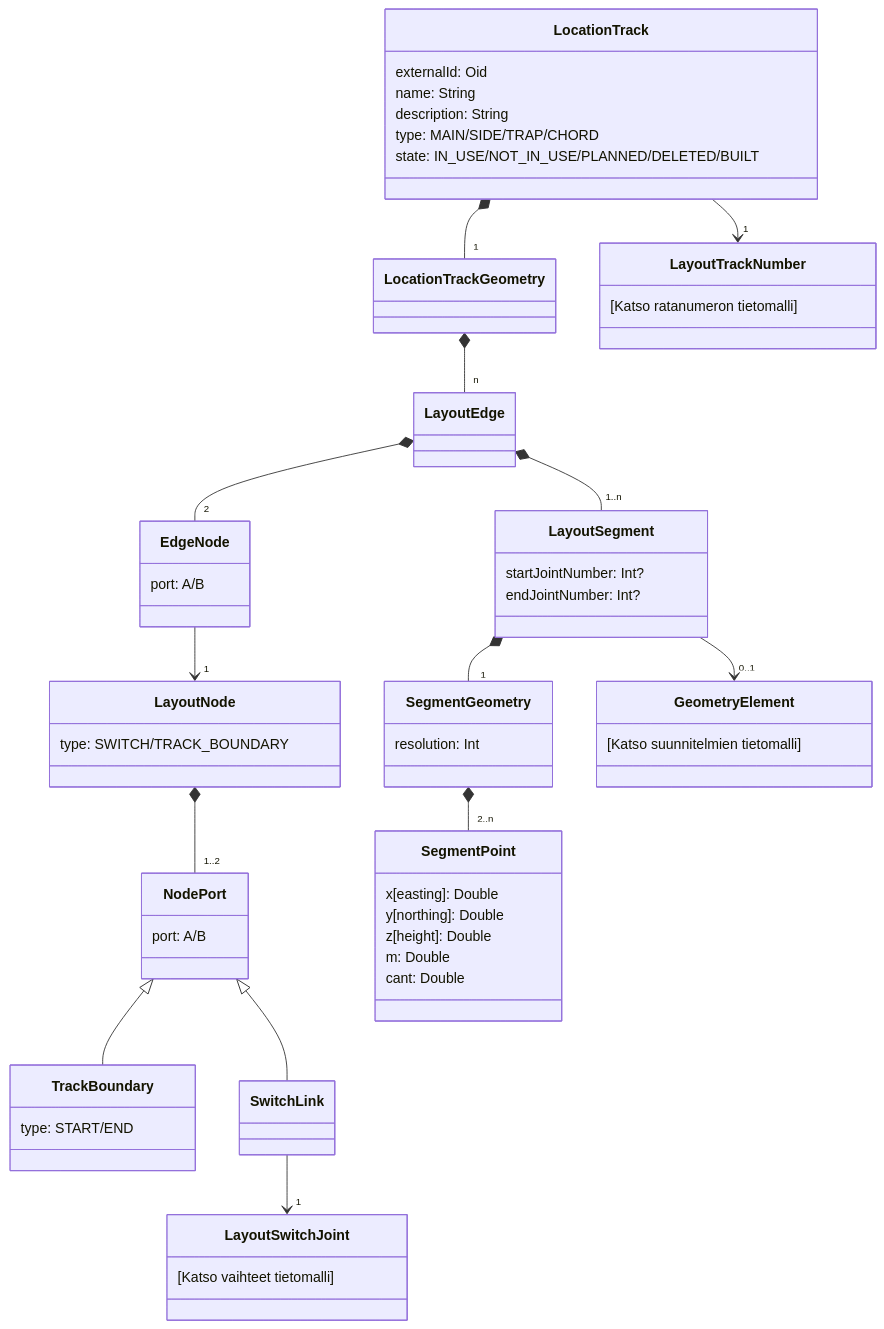
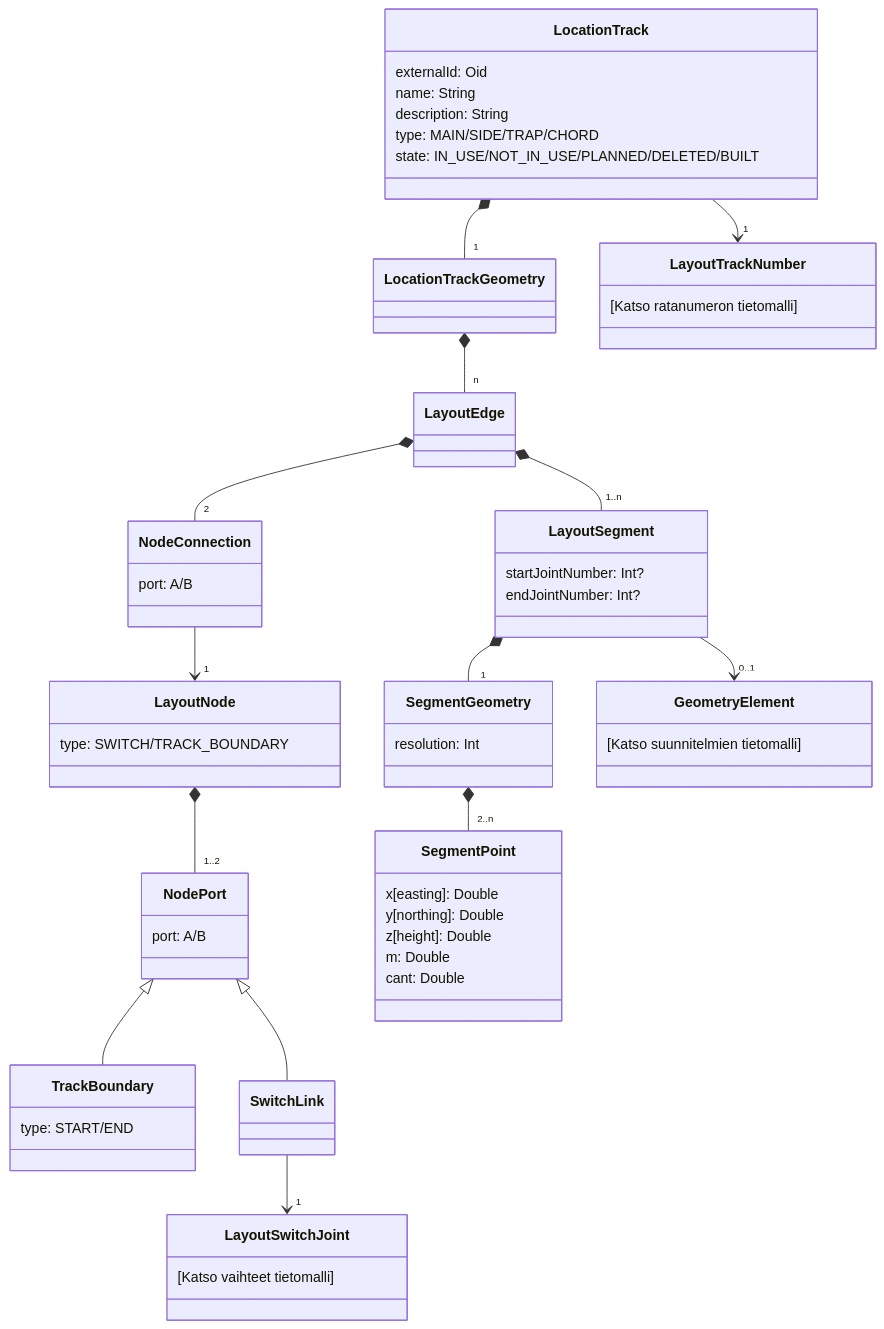
The fourth of 5 diagrams in doc/tietomalli.md (finnishtransportagency/geoviite), drawn with Mermaid before and after one commit. The commit also changed other lines of this file and 15 other files, not shown here.

Commit message:
GVT-3097 Rename EdgeNode -> NodeConnection

````diff
--- a/doc/tietomalli.md
+++ b/doc/tietomalli.md
@@ -368,61 +368,61 @@
 ```mermaid
 classDiagram
     direction TB
     LocationTrack *-- "1" LocationTrackGeometry
     LocationTrack --> "1" LayoutTrackNumber
     LocationTrackGeometry *-- "n" LayoutEdge
-    LayoutEdge *-- "2" EdgeNode
-    EdgeNode --> "1" LayoutNode
+    LayoutEdge *-- "2" NodeConnection
+    NodeConnection --> "1" LayoutNode
     LayoutEdge *-- "1..n" LayoutSegment
     LayoutSegment *-- "1" SegmentGeometry
     LayoutSegment --> "0..1" GeometryElement
     SegmentGeometry *-- "2..n" SegmentPoint
     LayoutNode *-- "1..2" NodePort
     NodePort <|-- TrackBoundary
     NodePort <|-- SwitchLink
     SwitchLink --> "1" LayoutSwitchJoint
     class LayoutNode {
         type: SWITCH/TRACK_BOUNDARY
     }
-    class EdgeNode {
+    class NodeConnection {
         port: A/B
     }
     class NodePort {
         port: A/B
     }
     class SwitchLink {
     }
     class TrackBoundary {
         type: START/END
     }
     class LayoutSwitchJoint {
         [Katso vaihteet tietomalli]
     }
     class LocationTrack {
         externalId: Oid
         name: String
         description: String
         type: MAIN/SIDE/TRAP/CHORD
         state: IN_USE/NOT_IN_USE/PLANNED/DELETED/BUILT
     }
     class LayoutSegment {
         startJointNumber: Int?
         endJointNumber: Int?
     }
     class LayoutTrackNumber {
         [Katso ratanumeron tietomalli]
     }
     class GeometryElement {
         [Katso suunnitelmien tietomalli]
     }
     class SegmentGeometry {
         resolution: Int
     }
     class SegmentPoint {
         x[easting]: Double
         y[northing]: Double
         z[height]: Double
         m: Double
         cant: Double
     }
 ```
````
